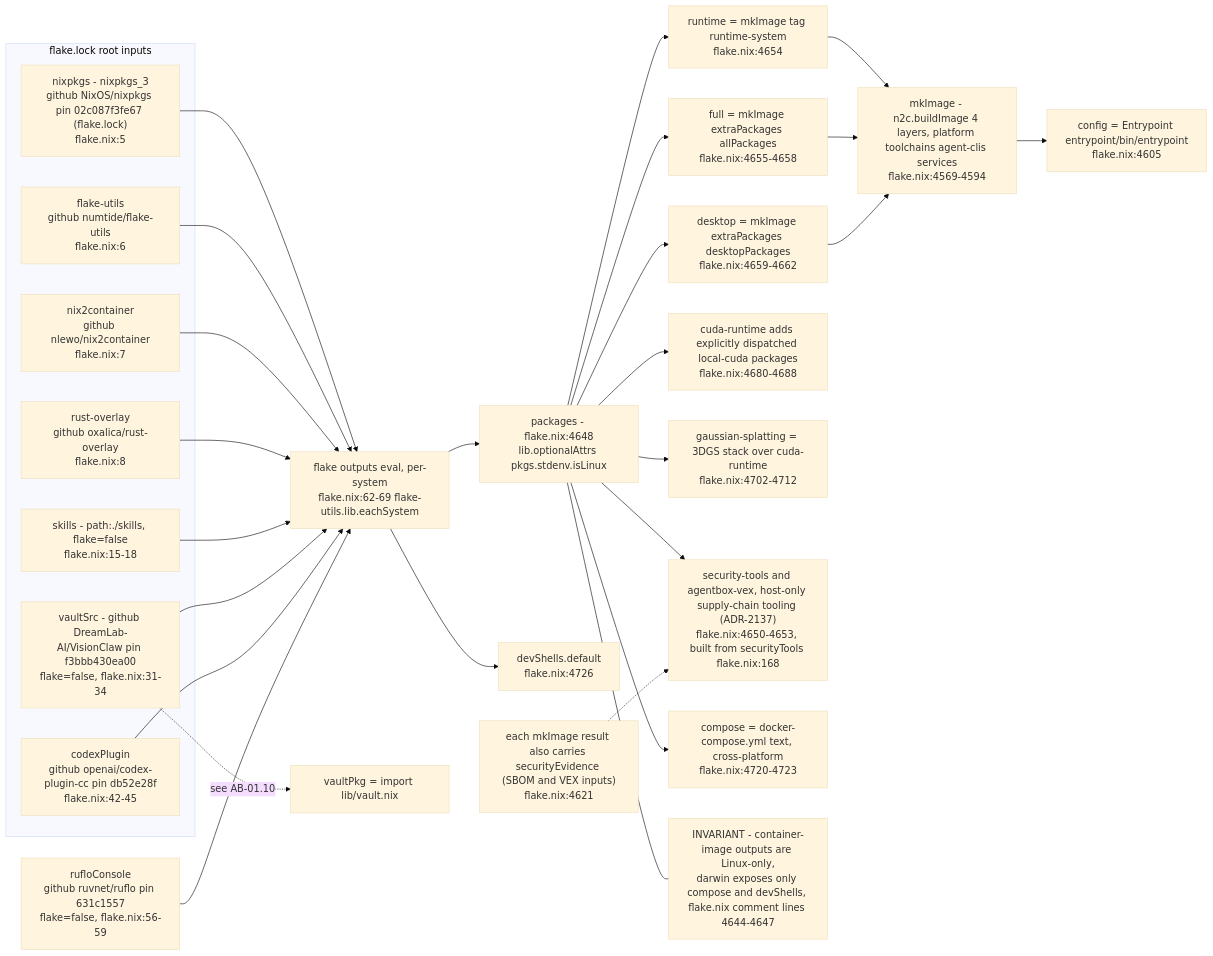
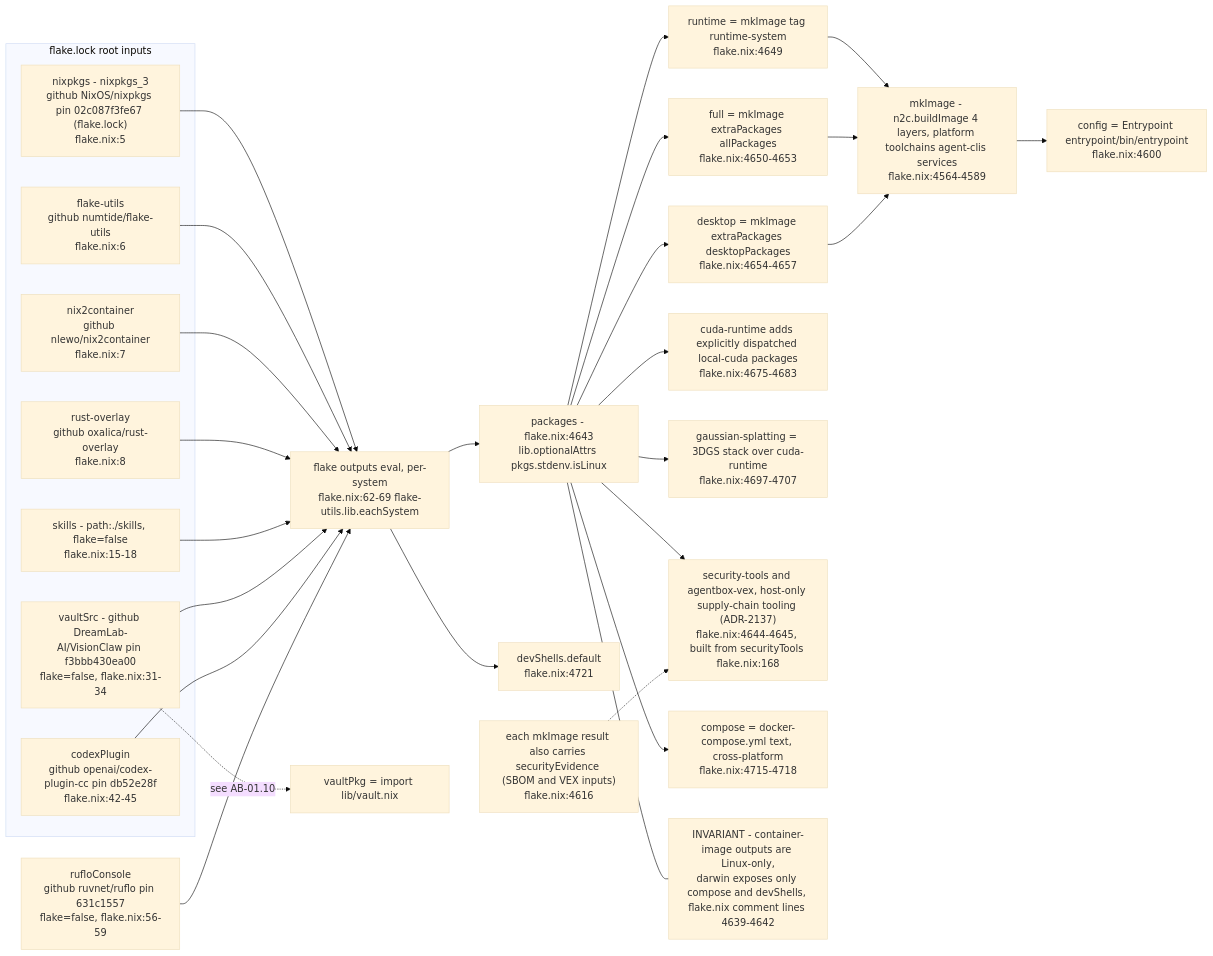
The eighth of 10 diagrams in docs/diagrams/agentbox/01-nix-flake-composition.md (DreamLab-AI/VisionFlow), drawn with Mermaid (base theme) before and after one commit. The commit also changed other lines of this file and 173 other files, not shown here.

````diff
--- a/docs/diagrams/agentbox/01-nix-flake-composition.md
+++ b/docs/diagrams/agentbox/01-nix-flake-composition.md
@@ -380,44 +386,44 @@
 ```mermaid
 flowchart LR
     subgraph INPUTS["flake.lock root inputs"]
         NIXPKGS["nixpkgs - nixpkgs_3<br/>github NixOS/nixpkgs pin 02c087f3fe67 (flake.lock)<br/>flake.nix:5"]
         FU["flake-utils<br/>github numtide/flake-utils<br/>flake.nix:6"]
         N2C["nix2container<br/>github nlewo/nix2container<br/>flake.nix:7"]
         RO["rust-overlay<br/>github oxalica/rust-overlay<br/>flake.nix:8"]
         SKILLS["skills - path:./skills, flake=false<br/>flake.nix:15-18"]
         VAULTSRC["vaultSrc - github DreamLab-AI/VisionClaw pin f3bbb430ea00<br/>flake=false, flake.nix:31-34"]
         CODEX["codexPlugin<br/>github openai/codex-plugin-cc pin db52e28f<br/>flake.nix:42-45"]
     end
 
     NIXPKGS --> EVAL["flake outputs eval, per-system<br/>flake.nix:62-69 flake-utils.lib.eachSystem"]
     FU --> EVAL
     N2C --> EVAL
     RO --> EVAL
     SKILLS --> EVAL
     VAULTSRC --> EVAL
     CODEX --> EVAL
     RUFLO["rufloConsole<br/>github ruvnet/ruflo pin 631c1557<br/>flake=false, flake.nix:56-59"]
     RUFLO --> EVAL
 
-    EVAL --> PACKAGES["packages - flake.nix:4648<br/>lib.optionalAttrs pkgs.stdenv.isLinux"]
-    EVAL --> DEVSHELL["devShells.default<br/>flake.nix:4726"]
+    EVAL --> PACKAGES["packages - flake.nix:4643<br/>lib.optionalAttrs pkgs.stdenv.isLinux"]
+    EVAL --> DEVSHELL["devShells.default<br/>flake.nix:4721"]
 
-    PACKAGES --> RUNTIME["runtime = mkImage tag runtime-system<br/>flake.nix:4654"]
-    PACKAGES --> FULL["full = mkImage extraPackages allPackages<br/>flake.nix:4655-4658"]
-    PACKAGES --> DESKTOP["desktop = mkImage extraPackages desktopPackages<br/>flake.nix:4659-4662"]
-    PACKAGES --> CUDART["cuda-runtime adds explicitly dispatched local-cuda packages<br/>flake.nix:4680-4688"]
-    PACKAGES --> GSPLAT["gaussian-splatting = 3DGS stack over cuda-runtime<br/>flake.nix:4702-4712"]
-    PACKAGES --> SECTOOLS["security-tools and agentbox-vex, host-only supply-chain tooling (ADR-2137)<br/>flake.nix:4650-4653, built from securityTools flake.nix:168"]
-    MKIMG2["each mkImage result also carries securityEvidence (SBOM and VEX inputs)<br/>flake.nix:4621"] -.-> SECTOOLS
-    PACKAGES --> COMPOSE["compose = docker-compose.yml text, cross-platform<br/>flake.nix:4720-4723"]
+    PACKAGES --> RUNTIME["runtime = mkImage tag runtime-system<br/>flake.nix:4649"]
+    PACKAGES --> FULL["full = mkImage extraPackages allPackages<br/>flake.nix:4650-4653"]
+    PACKAGES --> DESKTOP["desktop = mkImage extraPackages desktopPackages<br/>flake.nix:4654-4657"]
+    PACKAGES --> CUDART["cuda-runtime adds explicitly dispatched local-cuda packages<br/>flake.nix:4675-4683"]
+    PACKAGES --> GSPLAT["gaussian-splatting = 3DGS stack over cuda-runtime<br/>flake.nix:4697-4707"]
+    PACKAGES --> SECTOOLS["security-tools and agentbox-vex, host-only supply-chain tooling (ADR-2137)<br/>flake.nix:4644-4645, built from securityTools flake.nix:168"]
+    MKIMG2["each mkImage result also carries securityEvidence (SBOM and VEX inputs)<br/>flake.nix:4616"] -.-> SECTOOLS
+    PACKAGES --> COMPOSE["compose = docker-compose.yml text, cross-platform<br/>flake.nix:4715-4718"]
 
-    RUNTIME --> MKIMG["mkImage - n2c.buildImage 4 layers, platform toolchains agent-clis services<br/>flake.nix:4569-4594"]
+    RUNTIME --> MKIMG["mkImage - n2c.buildImage 4 layers, platform toolchains agent-clis services<br/>flake.nix:4564-4589"]
     FULL --> MKIMG
     DESKTOP --> MKIMG
 
-    MKIMG --> ENTRYPOINT["config = Entrypoint entrypoint/bin/entrypoint<br/>flake.nix:4605"]
+    MKIMG --> ENTRYPOINT["config = Entrypoint entrypoint/bin/entrypoint<br/>flake.nix:4600"]
     VAULTSRC -.->|"see AB-01.10"| VAULTPKG["vaultPkg = import lib/vault.nix"]
 
-    NOTE1["INVARIANT - container-image outputs are Linux-only,<br/>darwin exposes only compose and devShells, flake.nix comment lines 4644-4647"]
+    NOTE1["INVARIANT - container-image outputs are Linux-only,<br/>darwin exposes only compose and devShells, flake.nix comment lines 4639-4642"]
     PACKAGES --- NOTE1
 ```
````
